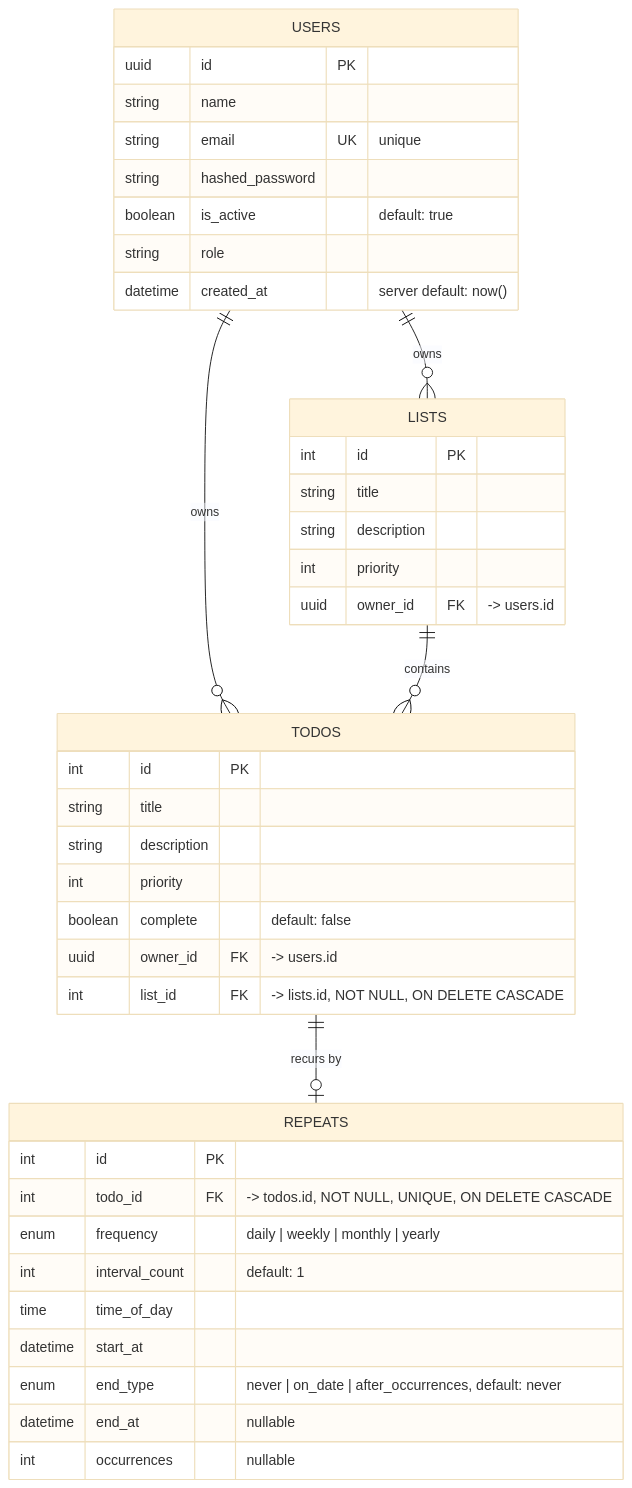
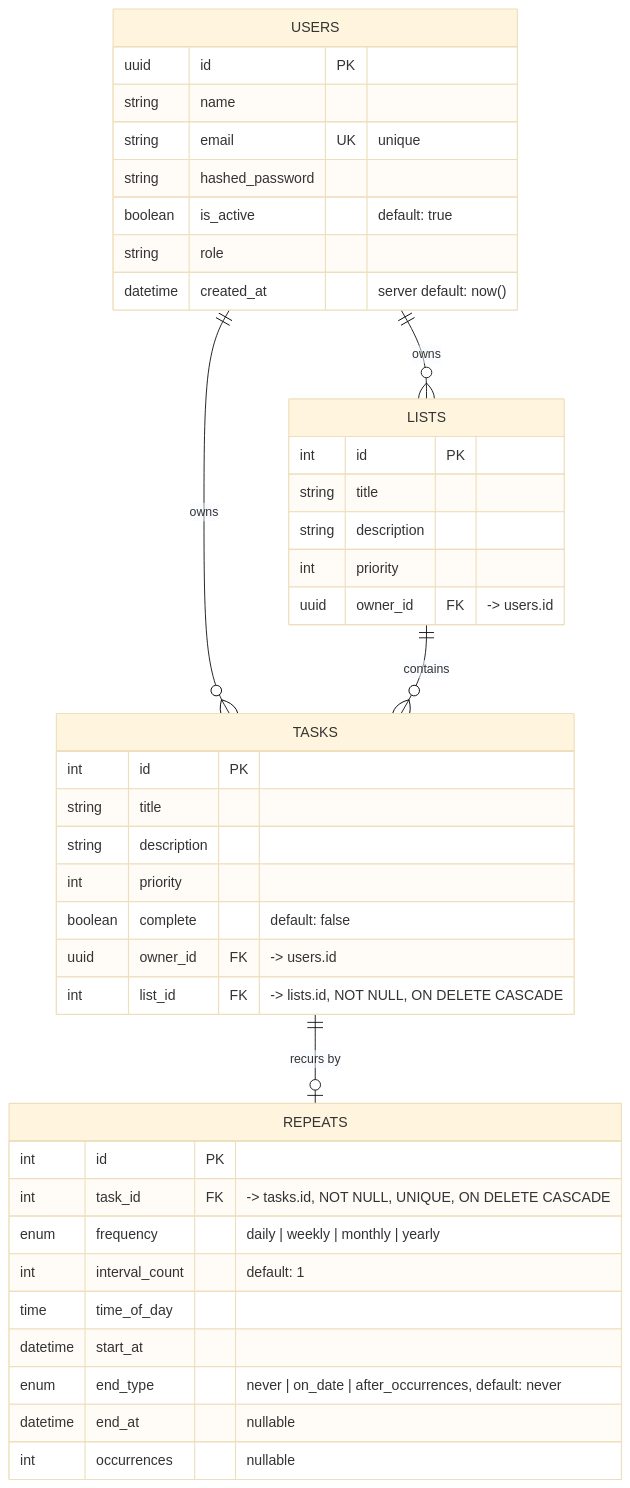
One commit to geekmanesh/awsome-journal changed the diagram in docs/ERD.md. Above: the diagram before and after it, drawn with Mermaid (base theme). The commit also changed other lines of this file and 1 other file, not shown here.

Commit message:
docs: Update tasks ERD and README.md

````diff
--- a/docs/ERD.md
+++ b/docs/ERD.md
@@ -10,47 +10,47 @@
 ```mermaid
 erDiagram
     USERS ||--o{ LISTS : owns
-    USERS ||--o{ TODOS : owns
-    LISTS ||--o{ TODOS : contains
-    TODOS ||--o| REPEATS : "recurs by"
+    USERS ||--o{ TASKS : owns
+    LISTS ||--o{ TASKS : contains
+    TASKS ||--o| REPEATS : "recurs by"
 
     USERS {
         uuid id PK
         string name
         string email UK "unique"
         string hashed_password
         boolean is_active "default: true"
         string role
         datetime created_at "server default: now()"
     }
 
     LISTS {
         int id PK
         string title
         string description
         int priority
         uuid owner_id FK "-> users.id"
     }
 
-    TODOS {
+    TASKS {
         int id PK
         string title
         string description
         int priority
         boolean complete "default: false"
         uuid owner_id FK "-> users.id"
         int list_id FK "-> lists.id, NOT NULL, ON DELETE CASCADE"
     }
 
     REPEATS {
         int id PK
-        int todo_id FK "-> todos.id, NOT NULL, UNIQUE, ON DELETE CASCADE"
+        int task_id FK "-> tasks.id, NOT NULL, UNIQUE, ON DELETE CASCADE"
         enum frequency "daily | weekly | monthly | yearly"
         int interval_count "default: 1"
         time time_of_day
         datetime start_at
         enum end_type "never | on_date | after_occurrences, default: never"
         datetime end_at "nullable"
         int occurrences "nullable"
     }
 ```
````
